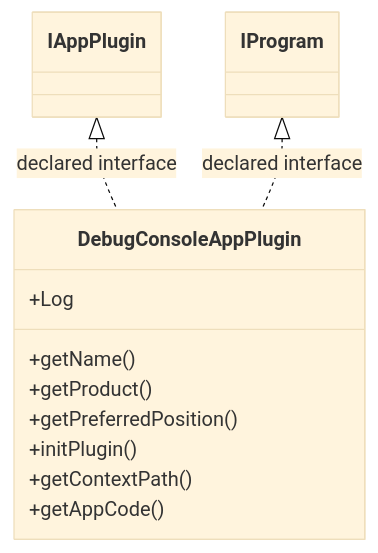
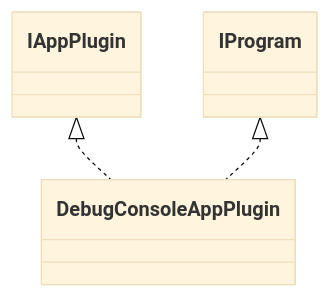
One commit to haruperi/HaruQuantAI changed the diagram in docs/sqx/DebugConsole/AppDebugConsole.md. Above: the diagram before and after it, drawn with Mermaid (base theme). The commit also changed other lines of this file and 1688 other files, not shown here.

````diff
--- a/docs/sqx/DebugConsole/AppDebugConsole.md
+++ b/docs/sqx/DebugConsole/AppDebugConsole.md
@@ -30,16 +26,8 @@
 ```mermaid
 classDiagram
-    class Cb3b57ea57684["DebugConsoleAppPlugin"] {
-        +Log
-        +getName()
-        +getProduct()
-        +getPreferredPosition()
-        +initPlugin()
-        +getContextPath()
-        +getAppCode()
-    }
-    class C1b6b4448b67b["IProgram"]
-    class C71ae2af47347["IAppPlugin"]
-    C71ae2af47347 <|.. Cb3b57ea57684 : declared interface
-    C1b6b4448b67b <|.. Cb3b57ea57684 : declared interface
+    class C0["DebugConsoleAppPlugin"]
+    class E0["IAppPlugin"]
+    E0 <|.. C0
+    class E1["IProgram"]
+    E1 <|.. C0
 ```
````
